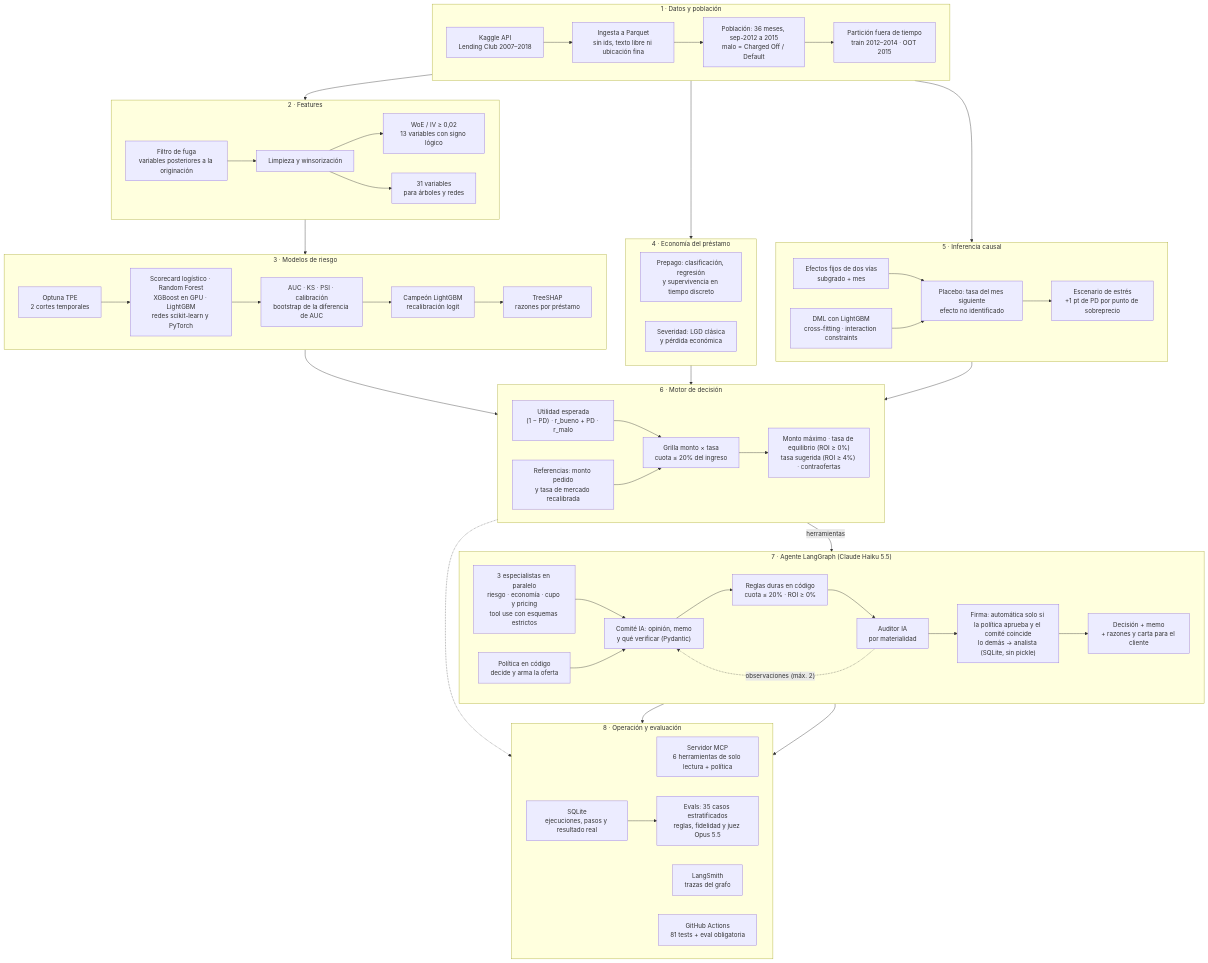
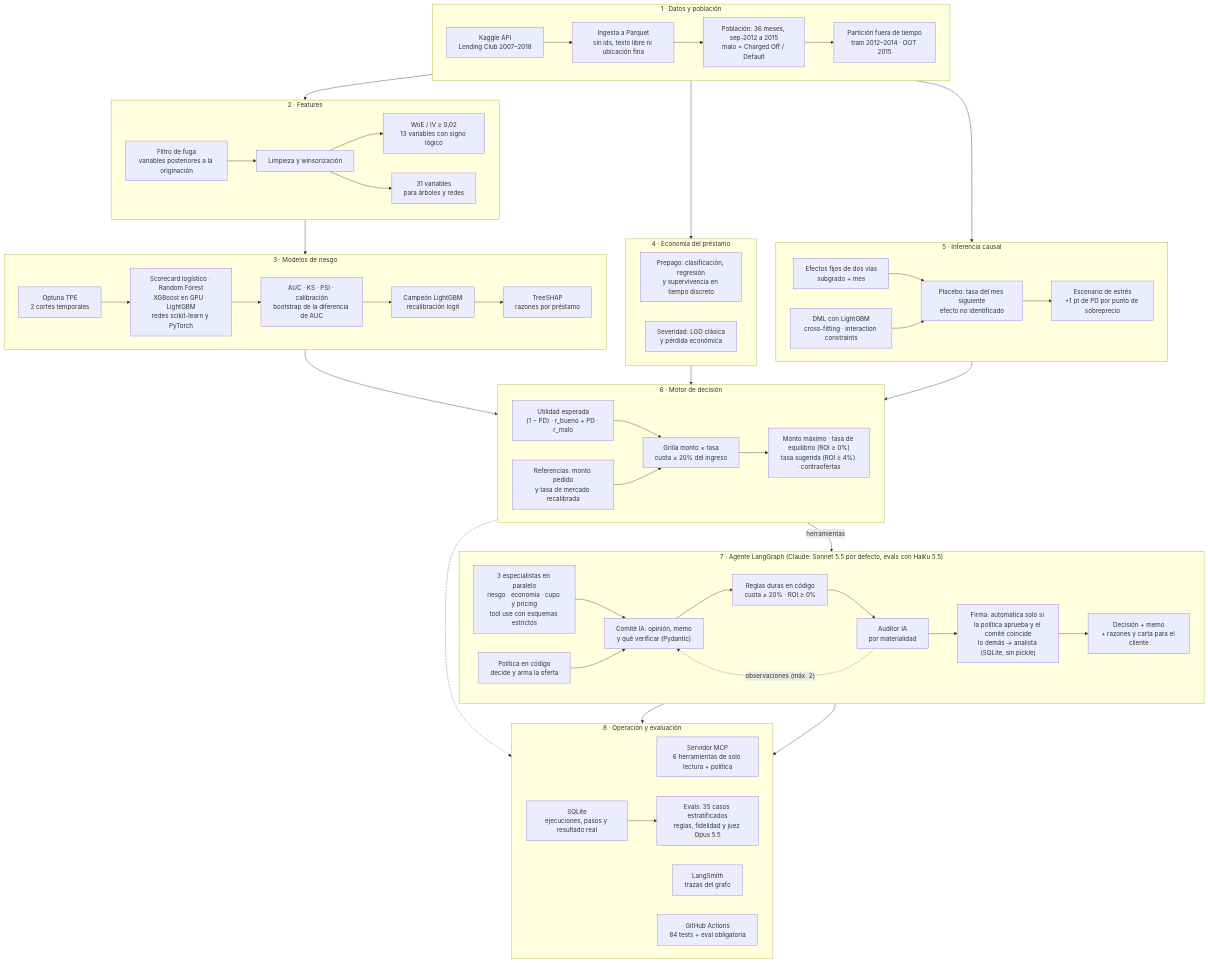
One commit to neiderolaya26/credit-risk-agent-lab changed the diagram in README.md. Above: the diagram before and after it, drawn with Mermaid. The commit also changed other lines of this file and 11 other files, not shown here.

First line of the commit message:
Auditoría: trazas con el modelo real, tests de la política y ruff en CI

````diff
--- a/README.md
+++ b/README.md
@@ -58,74 +58,74 @@
 ```mermaid
 flowchart TB
     subgraph DATOS["1 · Datos y población"]
         direction LR
         K["Kaggle API<br/>Lending Club 2007–2018"] --> I["Ingesta a Parquet<br/>sin ids, texto libre ni ubicación fina"]
         I --> P["Población: 36 meses, sep-2012 a 2015<br/>malo = Charged Off / Default"]
         P --> S["Partición fuera de tiempo<br/>train 2012–2014 · OOT 2015"]
     end
 
     subgraph FEAT["2 · Features"]
         direction LR
         F1["Filtro de fuga<br/>variables posteriores a la originación"] --> F2["Limpieza y winsorización"]
         F2 --> F3["WoE / IV ≥ 0,02<br/>13 variables con signo lógico"]
         F2 --> F4["31 variables<br/>para árboles y redes"]
     end
 
     subgraph RIESGO["3 · Modelos de riesgo"]
         direction LR
         OPT["Optuna TPE<br/>2 cortes temporales"] --> MODS["Scorecard logístico · Random Forest<br/>XGBoost en GPU · LightGBM<br/>redes scikit-learn y PyTorch"]
         MODS --> EV["AUC · KS · PSI · calibración<br/>bootstrap de la diferencia de AUC"]
         EV --> CH["Campeón LightGBM<br/>recalibración logit"]
         CH --> SH["TreeSHAP<br/>razones por préstamo"]
     end
 
     subgraph ECON["4 · Economía del préstamo"]
         direction LR
         PRE["Prepago: clasificación, regresión<br/>y supervivencia en tiempo discreto"]
         SEV["Severidad: LGD clásica<br/>y pérdida económica"]
     end
 
     subgraph CAUSAL["5 · Inferencia causal"]
         direction LR
         C1["Efectos fijos de dos vías<br/>subgrado + mes"] --> C3["Placebo: tasa del mes siguiente<br/>efecto no identificado"]
         C2["DML con LightGBM<br/>cross-fitting · interaction constraints"] --> C3
         C3 --> C4["Escenario de estrés<br/>+1 pt de PD por punto de sobreprecio"]
     end
 
     subgraph MOTOR["6 · Motor de decisión"]
         direction LR
         U["Utilidad esperada<br/>(1 − PD) · r_bueno + PD · r_malo"] --> G["Grilla monto × tasa<br/>cuota ≤ 20% del ingreso"]
         REF["Referencias: monto pedido<br/>y tasa de mercado recalibrada"] --> G
         G --> T["Monto máximo · tasa de equilibrio (ROI ≥ 0%)<br/>tasa sugerida (ROI ≥ 4%) · contraofertas"]
     end
 
-    subgraph AGENTE["7 · Agente LangGraph (Claude Haiku 5.5)"]
+    subgraph AGENTE["7 · Agente LangGraph (Claude: Sonnet 5.5 por defecto, evals con Haiku 5.5)"]
         direction LR
         ESP["3 especialistas en paralelo<br/>riesgo · economía · cupo y pricing<br/>tool use con esquemas estrictos"] --> COM["Comité IA: opinión, memo<br/>y qué verificar (Pydantic)"]
         POL["Política en código<br/>decide y arma la oferta"] --> COM
         COM --> RD["Reglas duras en código<br/>cuota ≤ 20% · ROI ≥ 0%"]
         RD --> AUD["Auditor IA<br/>por materialidad"]
         AUD -. "observaciones (máx. 2)" .-> COM
         AUD --> FIR["Firma: automática solo si la política aprueba y el comité coincide<br/>lo demás → analista (SQLite, sin pickle)"]
         FIR --> MEMO["Decisión + memo<br/>+ razones y carta para el cliente"]
     end
 
     subgraph OPS["8 · Operación y evaluación"]
         direction LR
         MCP["Servidor MCP<br/>6 herramientas de solo lectura + política"]
         REG["SQLite<br/>ejecuciones, pasos y resultado real"] --> EVA["Evals: 35 casos estratificados<br/>reglas, fidelidad y juez Opus 5.5"]
         LS["LangSmith<br/>trazas del grafo"]
-        CI["GitHub Actions<br/>81 tests + eval obligatoria"]
+        CI["GitHub Actions<br/>84 tests + eval obligatoria"]
     end
 
     DATOS --> FEAT --> RIESGO
     DATOS --> ECON
     DATOS --> CAUSAL
     RIESGO --> MOTOR
     ECON --> MOTOR
     CAUSAL --> MOTOR
     MOTOR -- "herramientas" --> AGENTE
     MOTOR -.-> MCP
     MEMO --> REG
     MEMO --> LS
 ```
````
